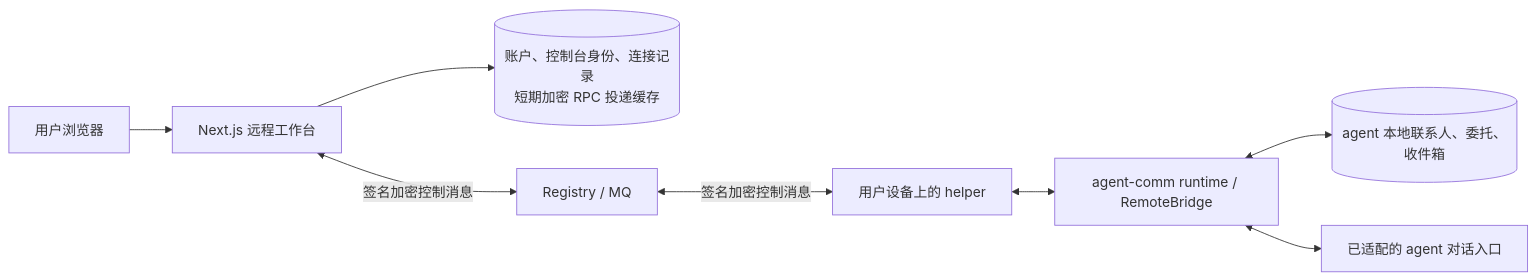
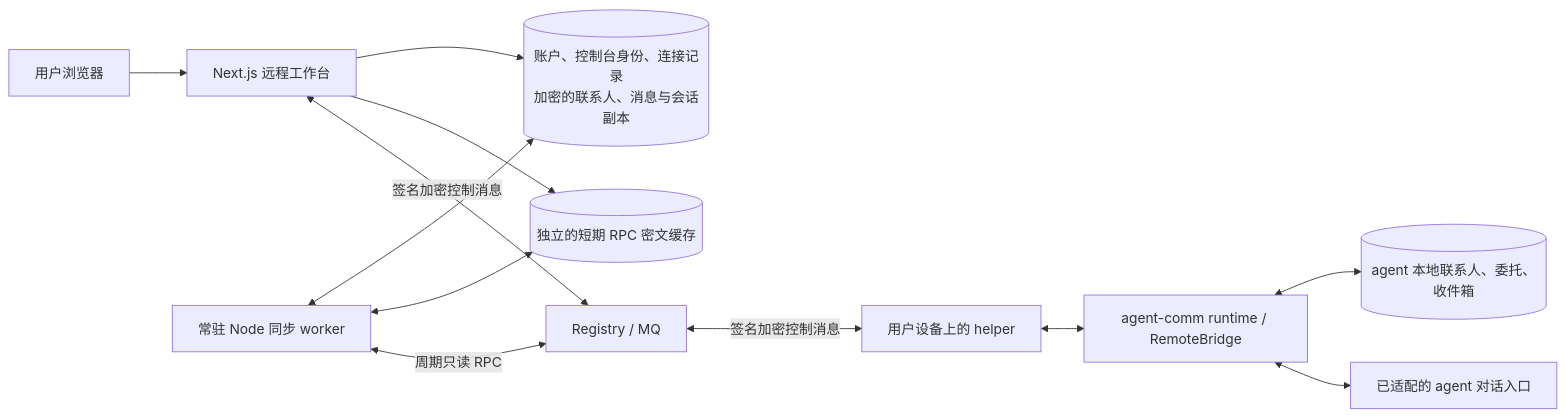
One commit to BillShiyaoZhang/agent-collaboration-web changed the diagram in README.md. Above: the diagram before and after it, drawn with Mermaid. The commit also changed other lines of this file and 35 other files, not shown here.

````diff
--- a/README.md
+++ b/README.md
@@ -9,10 +9,14 @@
 ```mermaid
 flowchart LR
     U["用户浏览器"] --> W["Next.js 远程工作台"]
-    W --> DB[("账户、控制台身份、连接记录<br/>短期加密 RPC 投递缓存")]
-    W <-->|"签名加密控制消息"| P["Registry / MQ"]
+    W --> DB[("账户、控制台身份、连接记录<br/>加密的联系人、消息与会话副本")]
+    W --> C[("独立的短期 RPC 密文缓存")]
+    J["常驻 Node 同步 worker"] <--> DB
+    J <--> C
+    J <-->|"周期只读 RPC"| P["Registry / MQ"]
+    W <-->|"签名加密控制消息"| P
     P <-->|"签名加密控制消息"| H["用户设备上的 helper"]
     H <--> R["agent-comm runtime / RemoteBridge"]
     R <--> S[("agent 本地联系人、委托、收件箱")]
     R <--> A["已适配的 agent 对话入口"]
 ```
````
